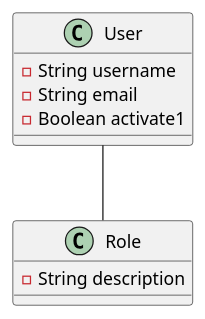
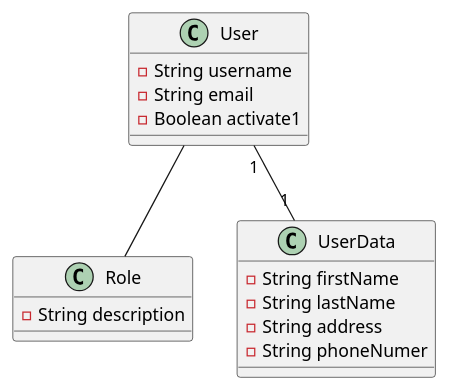
The diagram in docs/diagrama_usuario.puml (Miamv/limitador), drawn with PlantUML before and after one commit. The commit also changed 1 other file, not shown here.

Commit message:
#2 feat(user): diagrama de clases de datos extras de usuario

```diff
--- a/docs/diagrama_usuario.puml
+++ b/docs/diagrama_usuario.puml
@@ -1,13 +1,21 @@
 @startuml
 class User {
     - String username
     - String email
     - Boolean activate1
 }
 
 class Role {
     - String description
 }
+class UserData {
+    -String firstName 
+    - String lastName 
+    - String address 
+    - String phoneNumer 
+    
+}
 
+User "1" -- "1" UserData
 User -- Role
 @enduml
```
